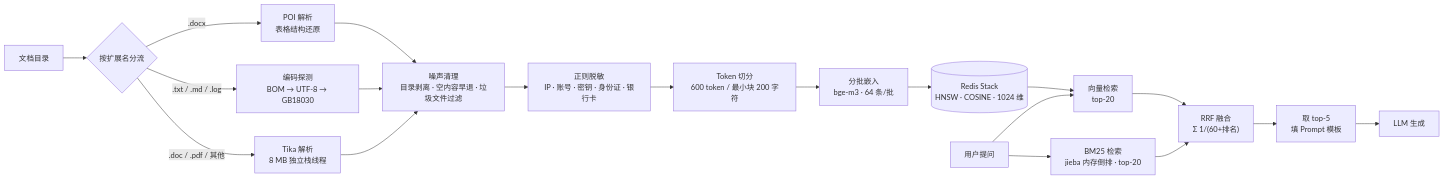
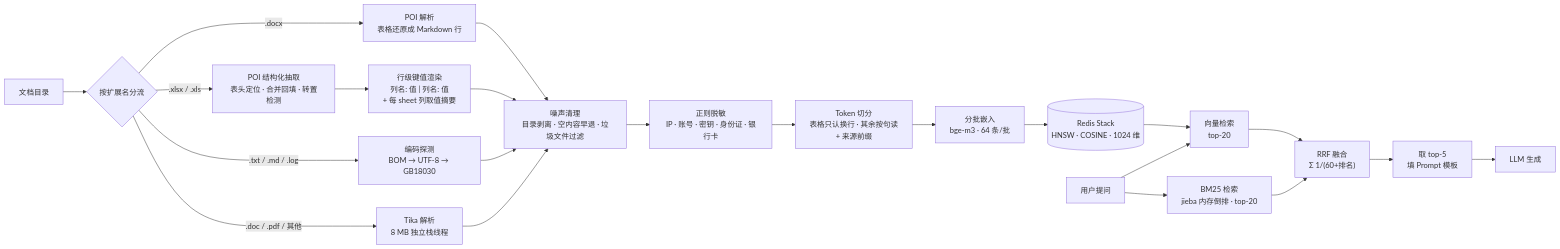
The diagram in README.md (937400862/docbase), drawn with Mermaid before and after one commit. The commit also changed other lines of this file, not shown here.

````diff
--- a/README.md
+++ b/README.md
@@ -39,24 +39,27 @@
 ```mermaid
 flowchart LR
     A[文档目录] --> B{按扩展名分流}
-    B -->|".docx"| C["POI 解析<br/>表格结构还原"]
+    B -->|".docx"| C["POI 解析<br/>表格还原成 Markdown 行"]
+    B -->|".xlsx / .xls"| X["POI 结构化抽取<br/>表头定位 · 合并回填 · 转置检测"]
     B -->|".txt / .md / .log"| D["编码探测<br/>BOM → UTF-8 → GB18030"]
     B -->|".doc / .pdf / 其他"| E["Tika 解析<br/>8 MB 独立栈线程"]
 
+    X --> X1["行级键值渲染<br/>列名: 值 | 列名: 值<br/>+ 每 sheet 列取值摘要"]
     C --> F["噪声清理<br/>目录剥离 · 空内容早退 · 垃圾文件过滤"]
+    X1 --> F
     D --> F
     E --> F
 
     F --> G["正则脱敏<br/>IP · 账号 · 密钥 · 身份证 · 银行卡"]
-    G --> H["Token 切分<br/>600 token / 最小块 200 字符"]
+    G --> H["Token 切分<br/>表格只认换行 · 其余按句读<br/>+ 来源前缀"]
     H --> I["分批嵌入<br/>bge-m3 · 64 条/批"]
     I --> J[("Redis Stack<br/>HNSW · COSINE · 1024 维")]
 
     Q[用户提问] --> K1["向量检索<br/>top-20"]
     Q --> K2["BM25 检索<br/>jieba 内存倒排 · top-20"]
     J --> K1
     K1 --> R["RRF 融合<br/>Σ 1/(60+排名)"]
     K2 --> R
     R --> L["取 top-5<br/>填 Prompt 模板"]
     L --> M["LLM 生成"]
 ```
````
